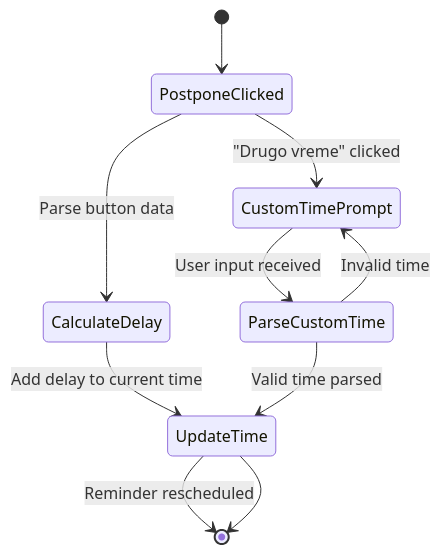
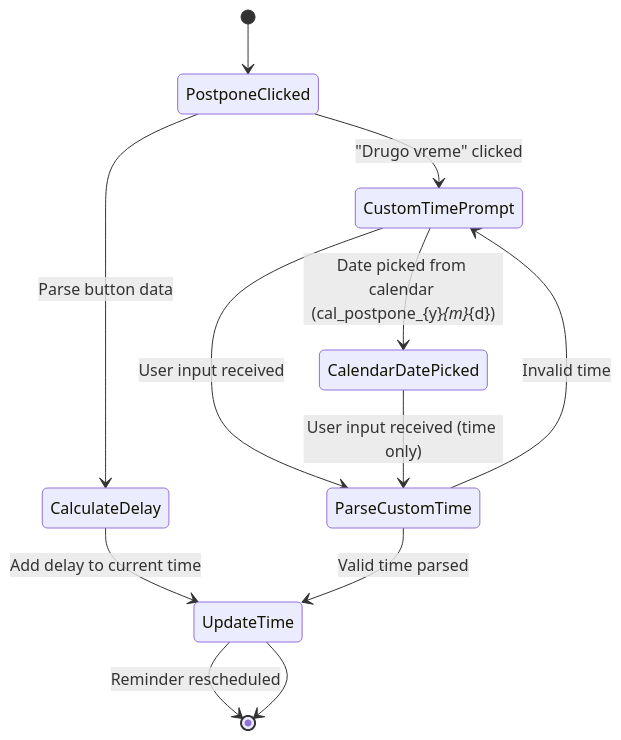
One commit to cukovicmilos/Kosmos changed the eighth of 13 diagrams in State_Machine.md. Above: the diagram before and after it, drawn with Mermaid. The commit also changed other lines of this file and 10 other files, not shown here.

First line of the commit message:
Add inline calendar date picker on three entry points

````diff
--- a/State_Machine.md
+++ b/State_Machine.md
@@ -298,14 +299,16 @@
 ```mermaid
 stateDiagram-v2
     [*] --> PostponeClicked
     PostponeClicked --> CalculateDelay: Parse button data
     CalculateDelay --> UpdateTime: Add delay to current time
     UpdateTime --> [*]: Reminder rescheduled
 
     PostponeClicked --> CustomTimePrompt: "Drugo vreme" clicked
     CustomTimePrompt --> ParseCustomTime: User input received
+    CustomTimePrompt --> CalendarDatePicked: Date picked from calendar (cal_postpone_{y}_{m}_{d})
+    CalendarDatePicked --> ParseCustomTime: User input received (time only)
     ParseCustomTime --> UpdateTime: Valid time parsed
     ParseCustomTime --> CustomTimePrompt: Invalid time
 
     UpdateTime --> [*]
 ```
````
